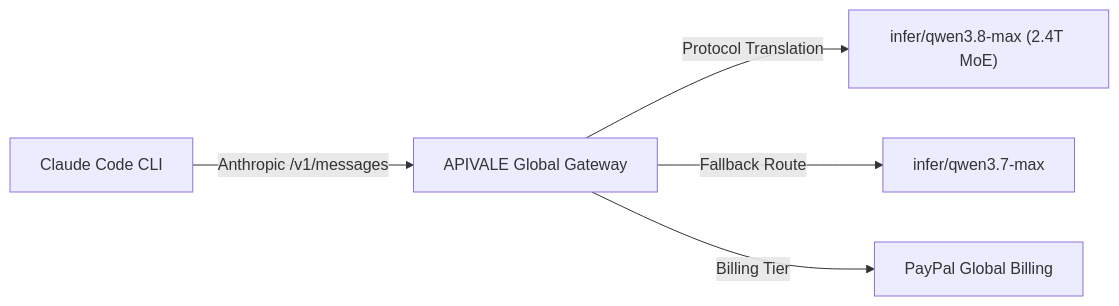
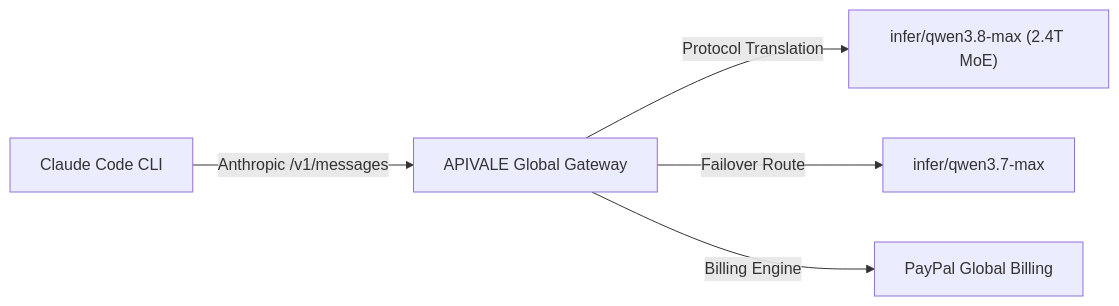
One commit to bshx2024/apivel_blog changed the diagram in src/content/blog/how-to-connect-qwen-3-8-to-claude-code-cli.md. Above: the diagram before and after it, drawn with Mermaid. The commit also changed other lines of this file and 21 other files, not shown here.

````diff
--- a/src/content/blog/how-to-connect-qwen-3-8-to-claude-code-cli.md
+++ b/src/content/blog/how-to-connect-qwen-3-8-to-claude-code-cli.md
@@ -56,7 +54,7 @@
 ```mermaid
 graph LR
     A["Claude Code CLI"] -->|Anthropic /v1/messages| B["APIVALE Global Gateway"]
     B -->|Protocol Translation| C["infer/qwen3.8-max (2.4T MoE)"]
-    B -->|Fallback Route| D["infer/qwen3.7-max"]
-    B -->|Billing Tier| E["PayPal Global Billing"]
+    B -->|Failover Route| D["infer/qwen3.7-max"]
+    B -->|Billing Engine| E["PayPal Global Billing"]
 ```
````
